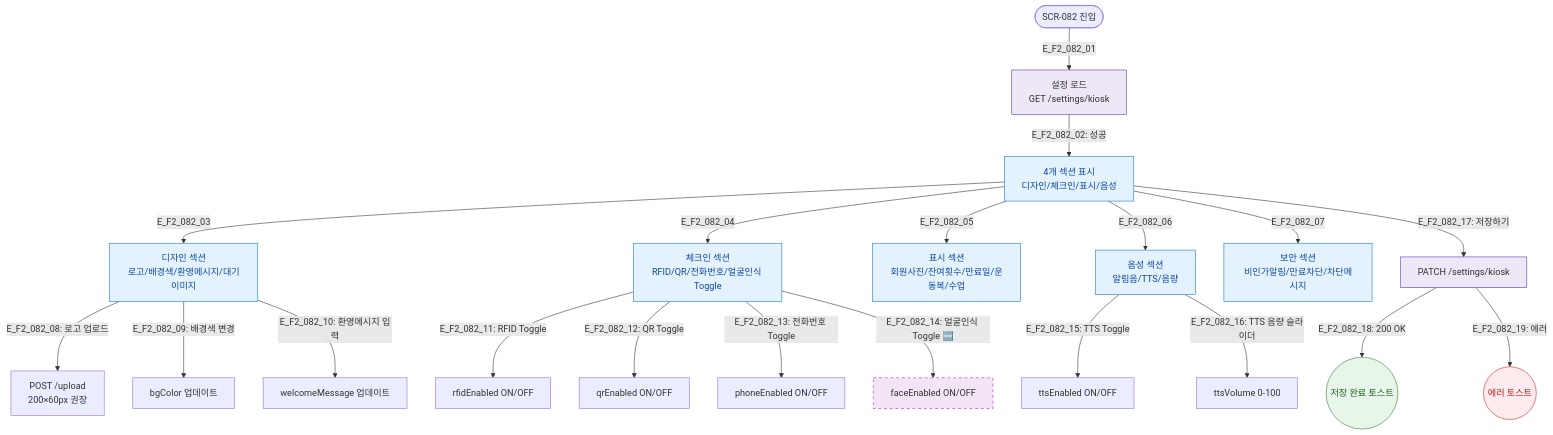
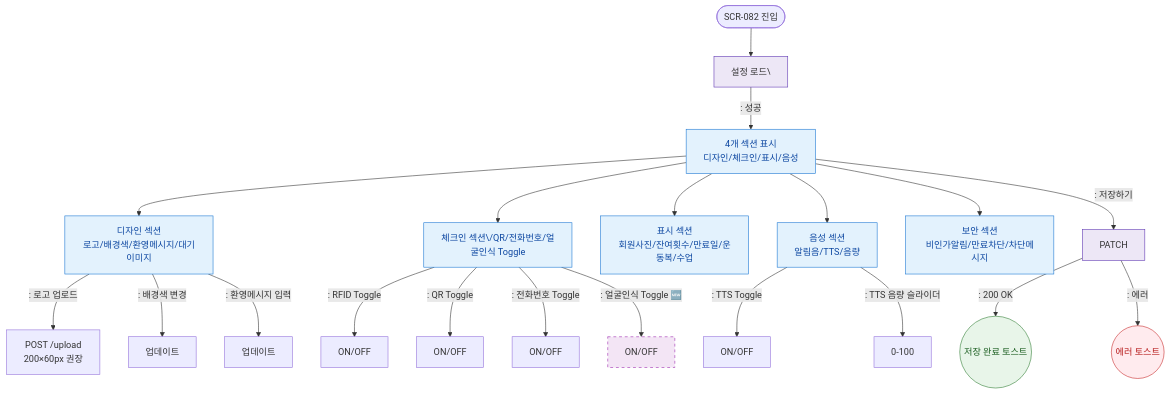
Before and after one commit to dev-spogym/admin-pando: the diagram in docs/다이어그램/D09_설정관리/SCR-082_키오스크설정/F2_메인인터랙션.md, drawn with Mermaid. The commit also changed other lines of this file and 1660 other files, not shown here.

First line of the commit message:
다이어그램: 기획자/클라이언트 납품본으로 정리

````diff
--- a/docs/다이어그램/D09_설정관리/SCR-082_키오스크설정/F2_메인인터랙션.md
+++ b/docs/다이어그램/D09_설정관리/SCR-082_키오스크설정/F2_메인인터랙션.md
@@ -17,38 +15,38 @@
 ```mermaid
 flowchart TD
-    Entry([SCR-082 진입]) -->|E_F2_082_01| Load[설정 로드\nGET /settings/kiosk]
-    Load -->|"E_F2_082_02: 성공"| Sections[4개 섹션 표시\n디자인/체크인/표시/음성]
+    Entry([SCR-082 진입]) --> Load[설정 로드\]
+    Load -->|": 성공"|Sections[4개 섹션 표시\n디자인/체크인/표시/음성]
 
-    Sections -->|E_F2_082_03| S_Design[디자인 섹션\n로고/배경색/환영메시지/대기이미지]
-    Sections -->|E_F2_082_04| S_Checkin[체크인 섹션\nRFID/QR/전화번호/얼굴인식 Toggle]
-    Sections -->|E_F2_082_05| S_Display[표시 섹션\n회원사진/잔여횟수/만료일/운동복/수업]
-    Sections -->|E_F2_082_06| S_Audio[음성 섹션\n알림음/TTS/음량]
-    Sections -->|E_F2_082_07| S_Security[보안 섹션\n비인가알림/만료차단/차단메시지]
+    Sections --> S_Design[디자인 섹션\n로고/배경색/환영메시지/대기이미지]
+    Sections --> S_Checkin[체크인 섹션\/QR/전화번호/얼굴인식 Toggle]
+    Sections --> S_Display[표시 섹션\n회원사진/잔여횟수/만료일/운동복/수업]
+    Sections --> S_Audio[음성 섹션\n알림음/TTS/음량]
+    Sections --> S_Security[보안 섹션\n비인가알림/만료차단/차단메시지]
 
-    S_Design -->|"E_F2_082_08: 로고 업로드"| UploadLogo[POST /upload\n200×60px 권장]
-    S_Design -->|"E_F2_082_09: 배경색 변경"| BgColor[bgColor 업데이트]
-    S_Design -->|"E_F2_082_10: 환영메시지 입력"| WelcomeMsg[welcomeMessage 업데이트]
+    S_Design -->|": 로고 업로드"|UploadLogo[POST /upload\n200×60px 권장]
+    S_Design -->|": 배경색 변경"|BgColor[업데이트]
+    S_Design -->|": 환영메시지 입력"|WelcomeMsg[업데이트]
 
-    S_Checkin -->|"E_F2_082_11: RFID Toggle"| RFIDToggle[rfidEnabled ON/OFF]
-    S_Checkin -->|"E_F2_082_12: QR Toggle"| QRToggle[qrEnabled ON/OFF]
-    S_Checkin -->|"E_F2_082_13: 전화번호 Toggle"| PhoneToggle[phoneEnabled ON/OFF]
-    S_Checkin -->|"E_F2_082_14: 얼굴인식 Toggle 🆕"| FaceToggle[faceEnabled ON/OFF]
+    S_Checkin -->|": RFID Toggle"|RFIDToggle[ON/OFF]
+    S_Checkin -->|": QR Toggle"|QRToggle[ON/OFF]
+    S_Checkin -->|": 전화번호 Toggle"|PhoneToggle[ON/OFF]
+    S_Checkin -->|": 얼굴인식 Toggle 🆕"|FaceToggle[ON/OFF]
 
-    S_Audio -->|"E_F2_082_15: TTS Toggle"| TTSToggle[ttsEnabled ON/OFF]
-    S_Audio -->|"E_F2_082_16: TTS 음량 슬라이더"| TTSVol[ttsVolume 0-100]
+    S_Audio -->|": TTS Toggle"|TTSToggle[ON/OFF]
+    S_Audio -->|": TTS 음량 슬라이더"|TTSVol[0-100]
 
-    Sections -->|"E_F2_082_17: 저장하기"| SaveAPI[PATCH /settings/kiosk]
-    SaveAPI -->|"E_F2_082_18: 200 OK"| SaveOK((저장 완료 토스트))
-    SaveAPI -->|"E_F2_082_19: 에러"| SaveErr((에러 토스트))
+    Sections -->|": 저장하기"|SaveAPI[PATCH]
+    SaveAPI -->|": 200 OK"|SaveOK((저장 완료 토스트))
+    SaveAPI -->|": 에러"|SaveErr((에러 토스트))
 
     classDef screen fill:#E3F2FD,stroke:#1976D2,color:#0D47A1
     classDef newFeature fill:#F3E5F5,stroke:#9C27B0,stroke-dasharray:5 5
     classDef success fill:#E8F5E9,stroke:#2E7D32,color:#1B5E20
     classDef error fill:#FFEBEE,stroke:#C62828,color:#B71C1C
     classDef system fill:#EDE7F6,stroke:#5E35B2
     class Sections,S_Design,S_Checkin,S_Display,S_Audio,S_Security screen
     class FaceToggle newFeature
     class SaveOK success
     class SaveErr error
     class Load,SaveAPI system
 ```
````
